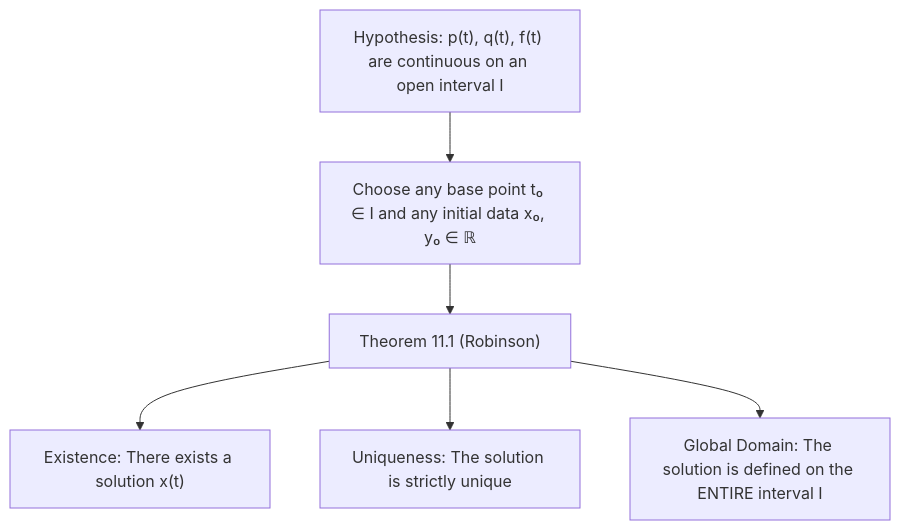
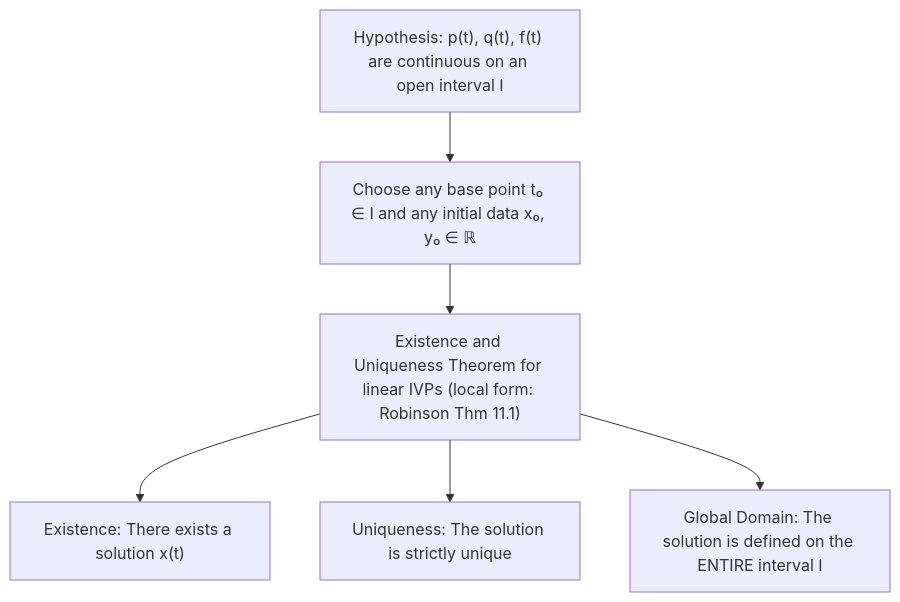
One commit to 251-B/AerospaceEngineering changed the second of 2 diagrams in vault/04 - Advanced Maths/Concepto - Teorema de Existencia y Unicidad para EDOs de Segundo Orden.md. Above: the diagram before and after it, drawn with Mermaid. The commit also changed other lines of this file and 18 other files, not shown here.

````diff
--- a/vault/04 - Advanced Maths/Concepto - Teorema de Existencia y Unicidad para EDOs de Segundo Orden.md
+++ b/vault/04 - Advanced Maths/Concepto - Teorema de Existencia y Unicidad para EDOs de Segundo Orden.md
@@ -86,8 +86,8 @@
 ```mermaid
 flowchart TD
     Hyp["Hypothesis: p(t), q(t), f(t) are continuous on an open interval I"] --> Base["Choose any base point t₀ ∈ I and any initial data x₀, y₀ ∈ ℝ"]
-    Base --> Thm["Theorem 11.1 (Robinson)"]
+    Base --> Thm["Existence and Uniqueness Theorem for linear IVPs (local form: Robinson Thm 11.1)"]
     Thm --> Exist["Existence: There exists a solution x(t)"]
     Thm --> Unique["Uniqueness: The solution is strictly unique"]
     Thm --> Global["Global Domain: The solution is defined on the ENTIRE interval I"]
 ```
````
